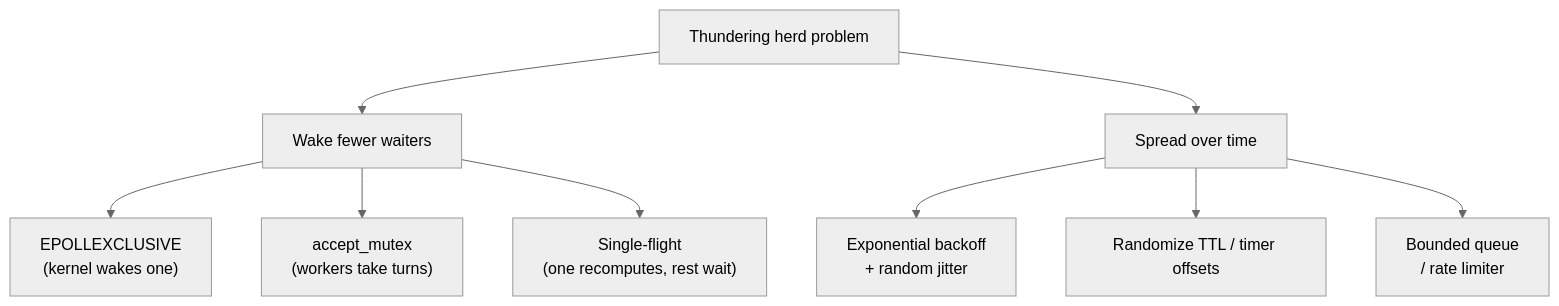
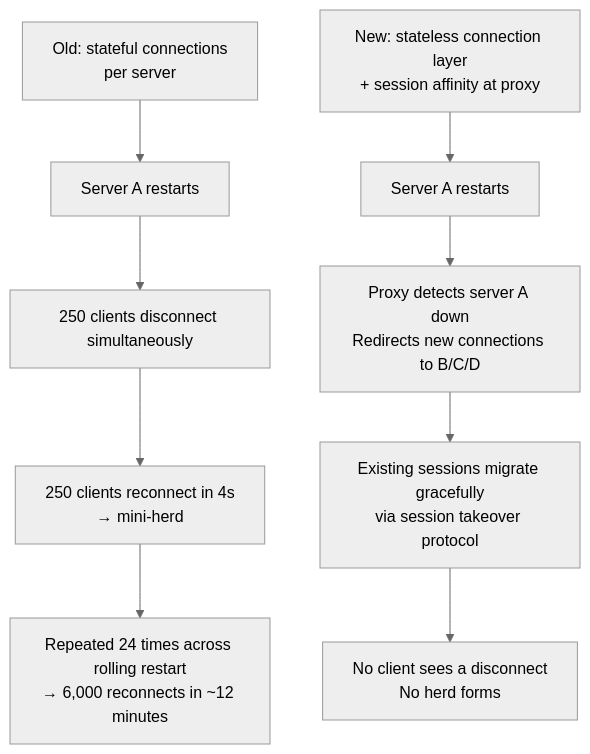
Before and after one commit to Thamjith/system-design-reallife-scenarios: the first of 2 diagrams in content/thundering-herd.md, drawn with Mermaid (neutral theme). The commit also changed other lines of this file and 9 other files, not shown here.

First line of the commit message:
Enhance Mermaid diagrams with zoom functionality and improve styling

````diff
--- a/content/thundering-herd.md
+++ b/content/thundering-herd.md
@@ -42,11 +222,12 @@
 ```mermaid
 flowchart TD
-    P["Thundering herd problem"] --> A["Wake fewer waiters"]
-    P --> B["Spread over time"]
-    A --> A1["EPOLLEXCLUSIVE\n(kernel wakes one)"]
-    A --> A2["accept_mutex\n(workers take turns)"]
-    A --> A3["Single-flight\n(one recomputes, rest wait)"]
-    B --> B1["Exponential backoff\n+ random jitter"]
-    B --> B2["Randomize TTL / timer offsets"]
-    B --> B3["Bounded queue\n/ rate limiter"]
+    A["Old: stateful connections\nper server"] --> B["Server A restarts"]
+    B --> C["250 clients disconnect simultaneously"]
+    C --> D["250 clients reconnect in 4s\n→ mini-herd"]
+    D --> E["Repeated 24 times across rolling restart\n→ 6,000 reconnects in ~12 minutes"]
+
+    F["New: stateless connection layer\n+ session affinity at proxy"] --> G["Server A restarts"]
+    G --> H["Proxy detects server A down\nRedirects new connections to B/C/D"]
+    H --> I["Existing sessions migrate gracefully\nvia session takeover protocol"]
+    I --> J["No client sees a disconnect\nNo herd forms"]
 ```
````
